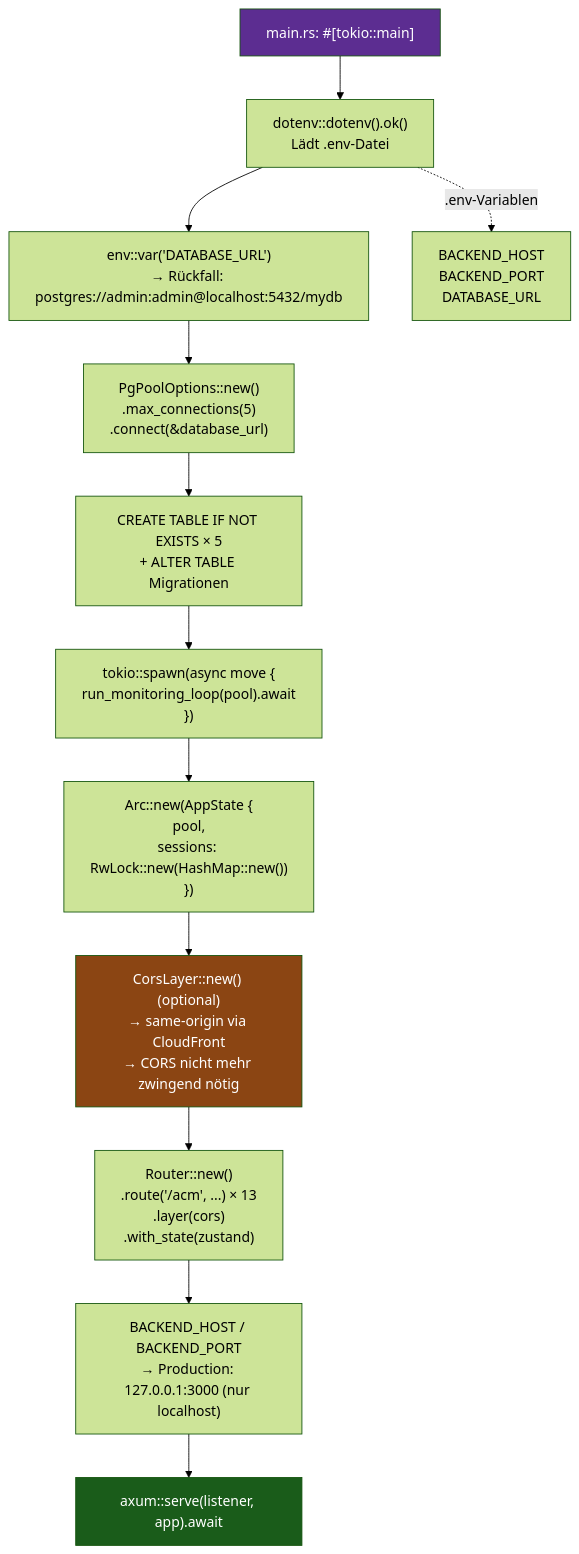
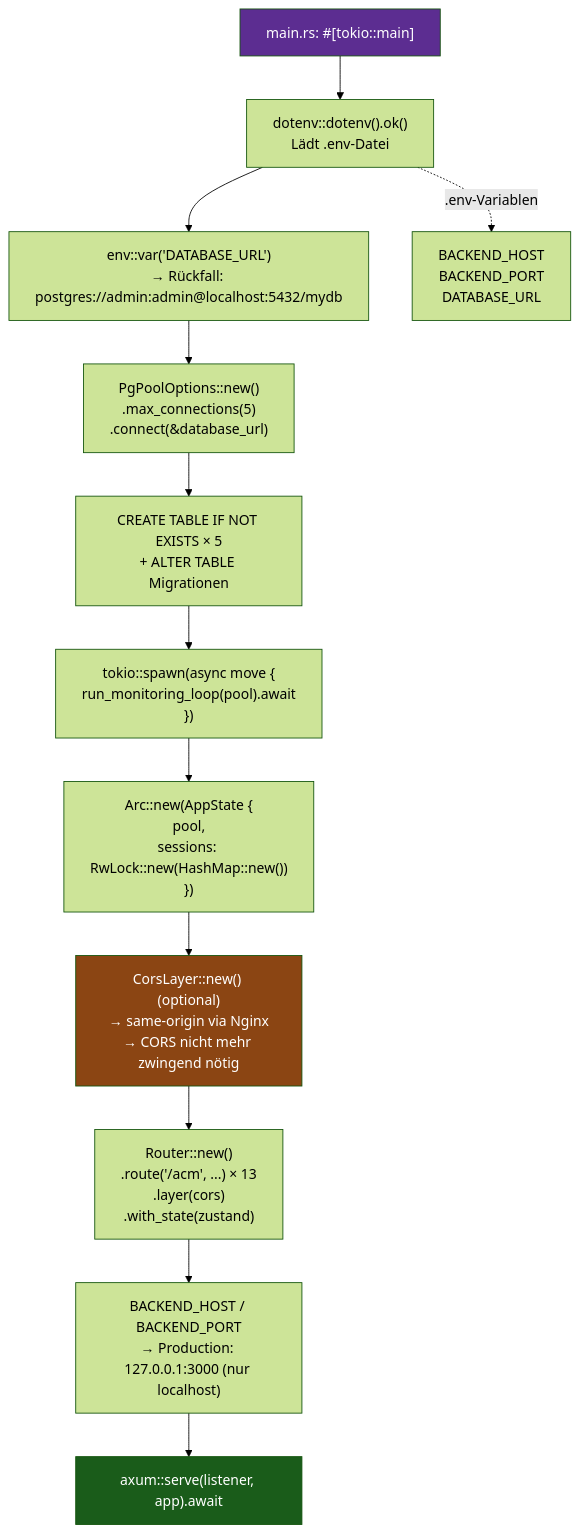
Before and after one commit to DevDaio/ACM_API-Connection-Monitor: the tenth of 10 diagrams in explain-canvas.md, drawn with Mermaid (forest theme). The commit also changed other lines of this file and 6 other files, not shown here.

First line of the commit message:
refactor: replace CloudFront with nginx reverse-proxy for everything

````diff
--- a/explain-canvas.md
+++ b/explain-canvas.md
@@ -558,19 +556,19 @@
 ```mermaid
 flowchart TD
     START["main.rs: #[tokio::main]"] --> DOTENV["dotenv::dotenv().ok()<br/>Lädt .env-Datei"]
     DOTENV --> DATABASE_URL["env::var('DATABASE_URL')<br/>→ Rückfall: postgres://admin:admin@localhost:5432/mydb"]
     DATABASE_URL --> POOL["PgPoolOptions::new()<br/>.max_connections(5)<br/>.connect(&database_url)"]
     POOL --> TABELLEN_ANLEG["CREATE TABLE IF NOT EXISTS × 5<br/>+ ALTER TABLE Migrationen"]
     TABELLEN_ANLEG --> UEBERWACH_START["tokio::spawn(async move {<br/>run_monitoring_loop(pool).await<br/>})"]
     UEBERWACH_START --> ZUSTAND_BAU["Arc::new(AppState {<br/>pool,<br/>sessions: RwLock::new(HashMap::new())<br/>})"]
-    ZUSTAND_BAU -->     CORS["CorsLayer::new() (optional)<br/>→ same-origin via CloudFront<br/>→ CORS nicht mehr zwingend nötig"]
+    ZUSTAND_BAU -->     CORS["CorsLayer::new() (optional)<br/>→ same-origin via Nginx<br/>→ CORS nicht mehr zwingend nötig"]
     CORS --> ROUTEN["Router::new()<br/>.route('/acm', ...) × 13<br/>.layer(cors)<br/>.with_state(zustand)"]
     ROUTEN --> BINDEN["BACKEND_HOST / BACKEND_PORT<br/>→ Production: 127.0.0.1:3000 (nur localhost)"]
     BINDEN --> BEDIEN["axum::serve(listener, app).await"]
 
     DOTENV -.->|".env-Variablen"| HOST["BACKEND_HOST<br/>BACKEND_PORT<br/>DATABASE_URL"]
 
     style START fill:#5c2d91,color:#fff
     style BEDIEN fill:#1a5c1a,color:#fff
     style CORS fill:#8b4513,color:#fff
 ```
````
